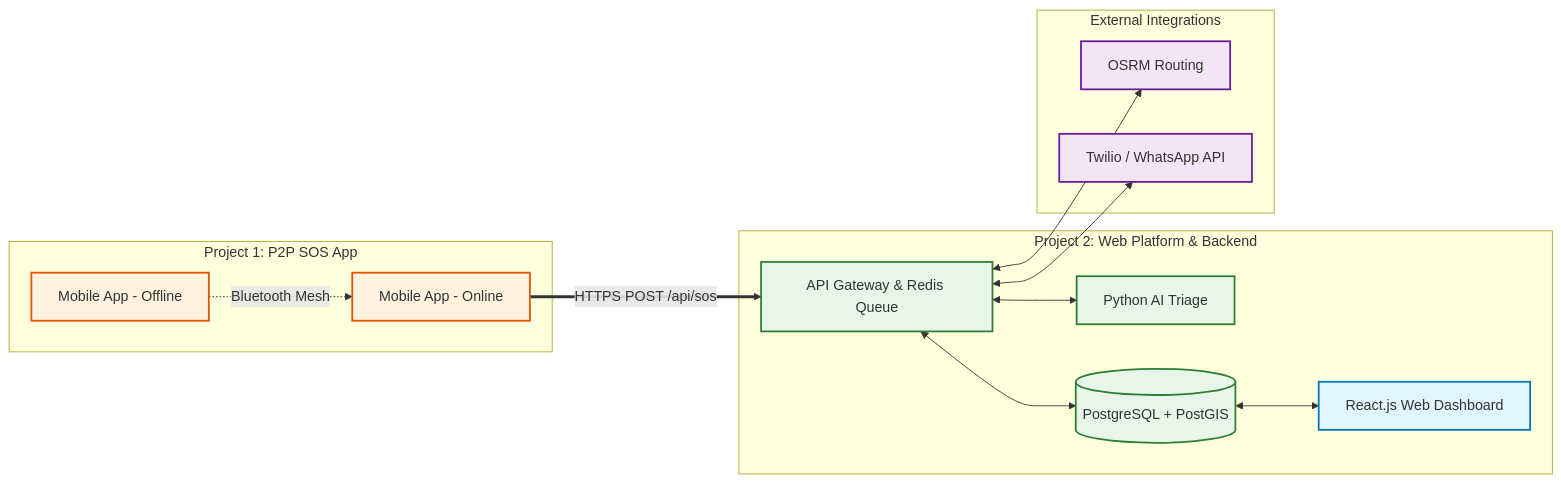
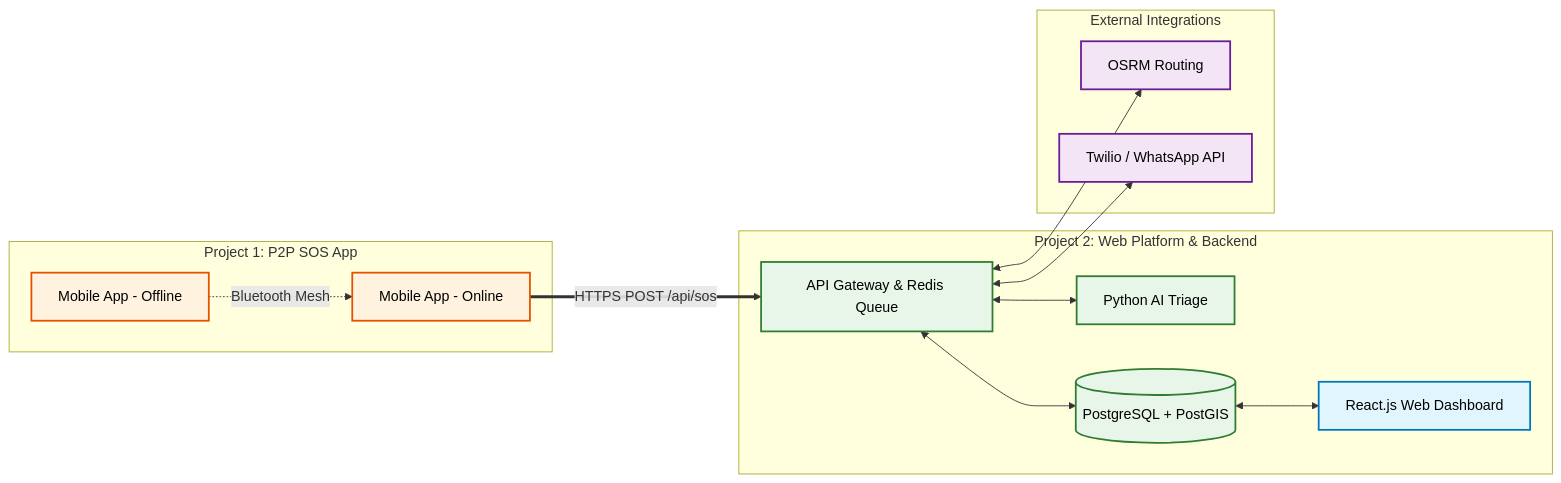
One commit to MrinallSamal-byte/SIH changed the first of 10 diagrams in README.md. Above: the diagram before and after it, drawn with Mermaid. The commit also changed other lines of this file, not shown here.

Commit message:
fix: Add explicit dark text color (color:#000000) to all Mermaid classDef nodes for 100% high contrast visibility in Dark Mode

````diff
--- a/README.md
+++ b/README.md
@@ -27,32 +27,32 @@
 ```mermaid
 graph LR
-    classDef mobile fill:#fff3e0,stroke:#e65100,stroke-width:2px;
-    classDef backend fill:#e8f5e9,stroke:#2e7d32,stroke-width:2px;
-    classDef web fill:#e1f5fe,stroke:#0277bd,stroke-width:2px;
-    classDef external fill:#f3e5f5,stroke:#6a1b9a,stroke-width:2px;
+    classDef mobile fill:#fff3e0,stroke:#e65100,stroke-width:2px,color:#000000;
+    classDef backend fill:#e8f5e9,stroke:#2e7d32,stroke-width:2px,color:#000000;
+    classDef web fill:#e1f5fe,stroke:#0277bd,stroke-width:2px,color:#000000;
+    classDef external fill:#f3e5f5,stroke:#6a1b9a,stroke-width:2px,color:#000000;
 
     subgraph P1 ["Project 1: P2P SOS App"]
         AppA[Mobile App - Online]:::mobile
         AppB[Mobile App - Offline]:::mobile
         AppB -.->|Bluetooth Mesh| AppA
     end
 
     subgraph P2 ["Project 2: Web Platform & Backend"]
         API[API Gateway & Redis Queue]:::backend
         AI[Python AI Triage]:::backend
         DB[(PostgreSQL + PostGIS)]:::backend
         Web[React.js Web Dashboard]:::web
     end
 
     subgraph Ext ["External Integrations"]
         Maps[OSRM Routing]:::external
         Twilio[Twilio / WhatsApp API]:::external
     end
 
     AppA ==> |HTTPS POST /api/sos| API
     API <--> AI
     API <--> DB
     API <--> Maps
     API <--> Twilio
     DB <--> Web
 ```
````
